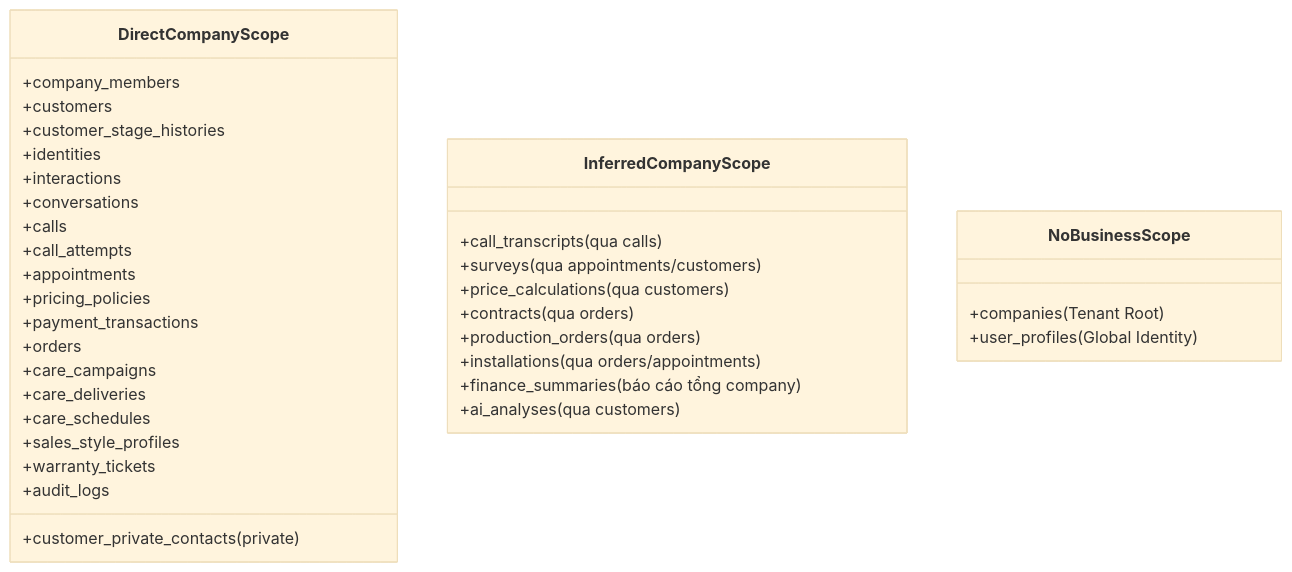
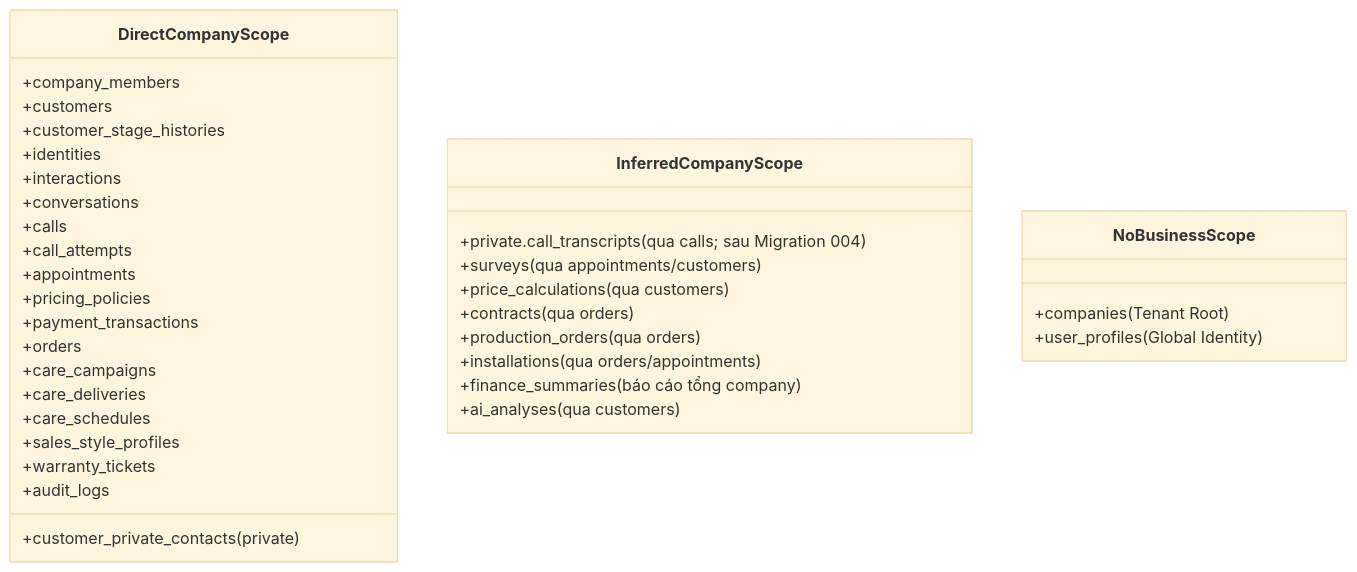
The second of 3 diagrams in docs/SUPABASE_RLS_DESIGN.md (hoanganhngo847-a11y/ai-crm-cua-chong-ngap), drawn with Mermaid (base theme) before and after one commit. The commit also changed other lines of this file and 16 other files, not shown here.

Commit message:
feat: finalize foundation security and private call transcripts

````diff
--- a/docs/SUPABASE_RLS_DESIGN.md
+++ b/docs/SUPABASE_RLS_DESIGN.md
@@ -171,40 +171,40 @@
 ```mermaid
 classDiagram
     class DirectCompanyScope {
         +company_members
         +customers
         +customer_private_contacts (private)
         +customer_stage_histories
         +identities
         +interactions
         +conversations
         +calls
         +call_attempts
         +appointments
         +pricing_policies
         +payment_transactions
         +orders
         +care_campaigns
         +care_deliveries
         +care_schedules
         +sales_style_profiles
         +warranty_tickets
         +audit_logs
     }
 
     class InferredCompanyScope {
-        +call_transcripts (qua calls)
+        +private.call_transcripts (qua calls; sau Migration 004)
         +surveys (qua appointments/customers)
         +price_calculations (qua customers)
         +contracts (qua orders)
         +production_orders (qua orders)
         +installations (qua orders/appointments)
         +finance_summaries (báo cáo tổng company)
         +ai_analyses (qua customers)
     }
 
     class NoBusinessScope {
         +companies (Tenant Root)
         +user_profiles (Global Identity)
     }
 ```
````
